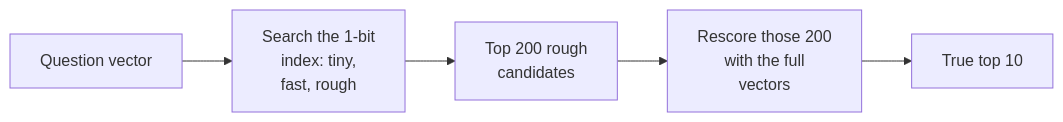
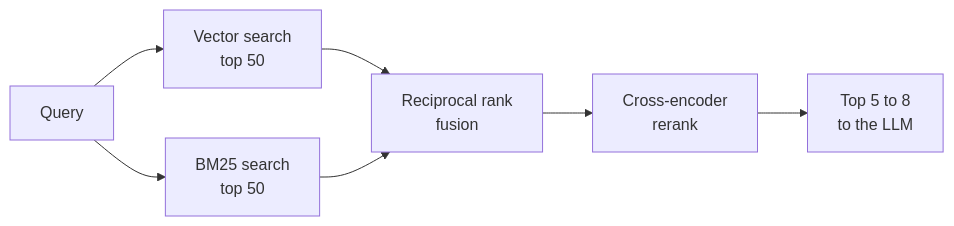
The fourth of 7 diagrams in src/Data/aiStackDocs/CH-03.md (shubamchaudhary/CodeNITW), drawn with Mermaid before and after one commit. The commit also changed other lines of this file and 52 other files, not shown here.

````diff
--- a/src/Data/aiStackDocs/CH-03.md
+++ b/src/Data/aiStackDocs/CH-03.md
@@ -120,7 +121,9 @@
 ```mermaid
 flowchart LR
-    Q["Question vector"] --> B["Search the 1-bit<br/>index: tiny,<br/>fast, rough"]
-    B --> C["Top 200 rough<br/>candidates"]
-    C --> R["Rescore those 200<br/>with the full<br/>vectors"]
-    R --> T["True top 10"]
+    Q["Query"] --> VS["Vector search<br/>top 50"]
+    Q --> KS["BM25 search<br/>top 50"]
+    VS --> RRF["Reciprocal rank<br/>fusion"]
+    KS --> RRF
+    RRF --> RR["Cross-encoder<br/>rerank"]
+    RR --> TOP["Top 5 to 8<br/>to the LLM"]
 ```
````
